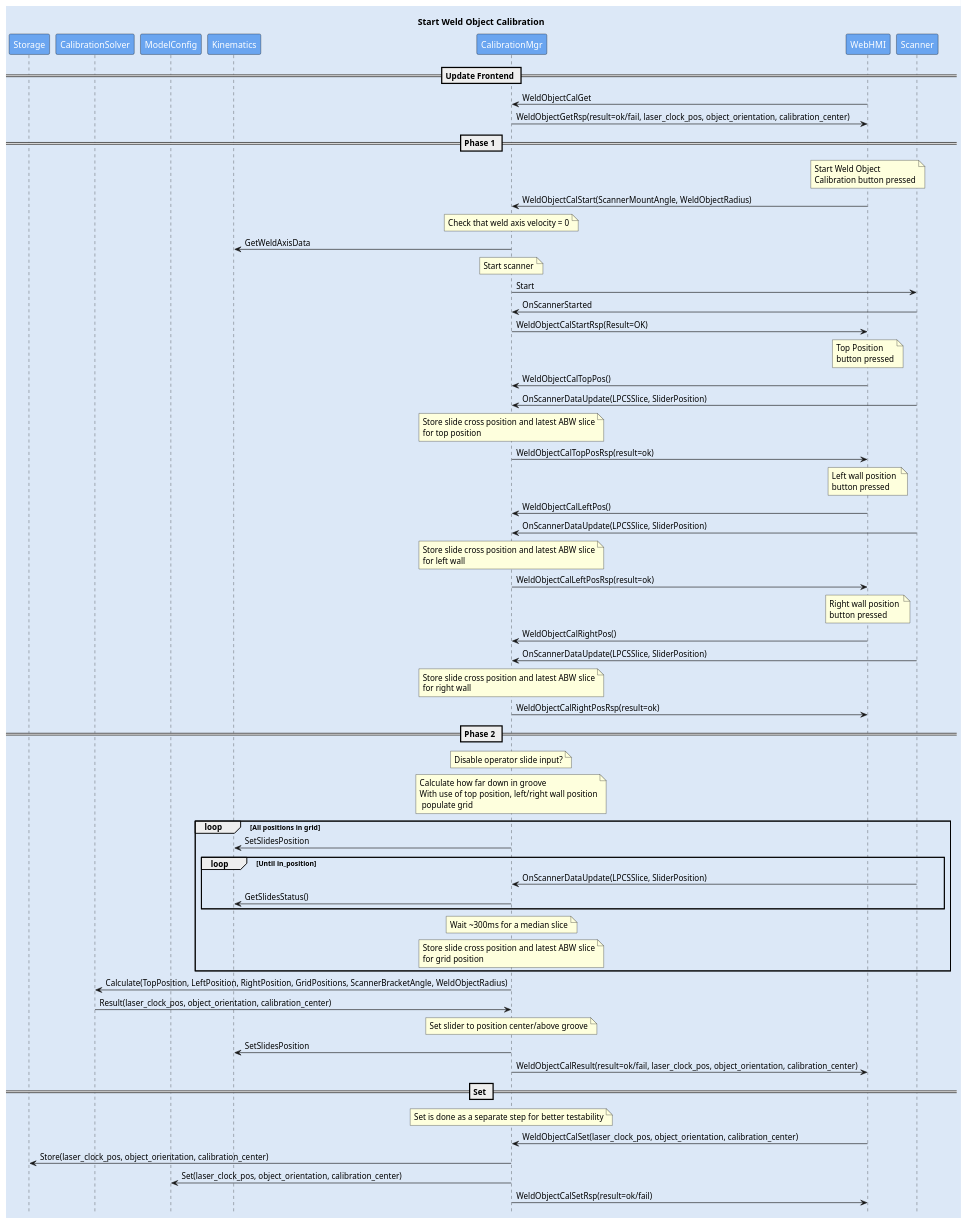
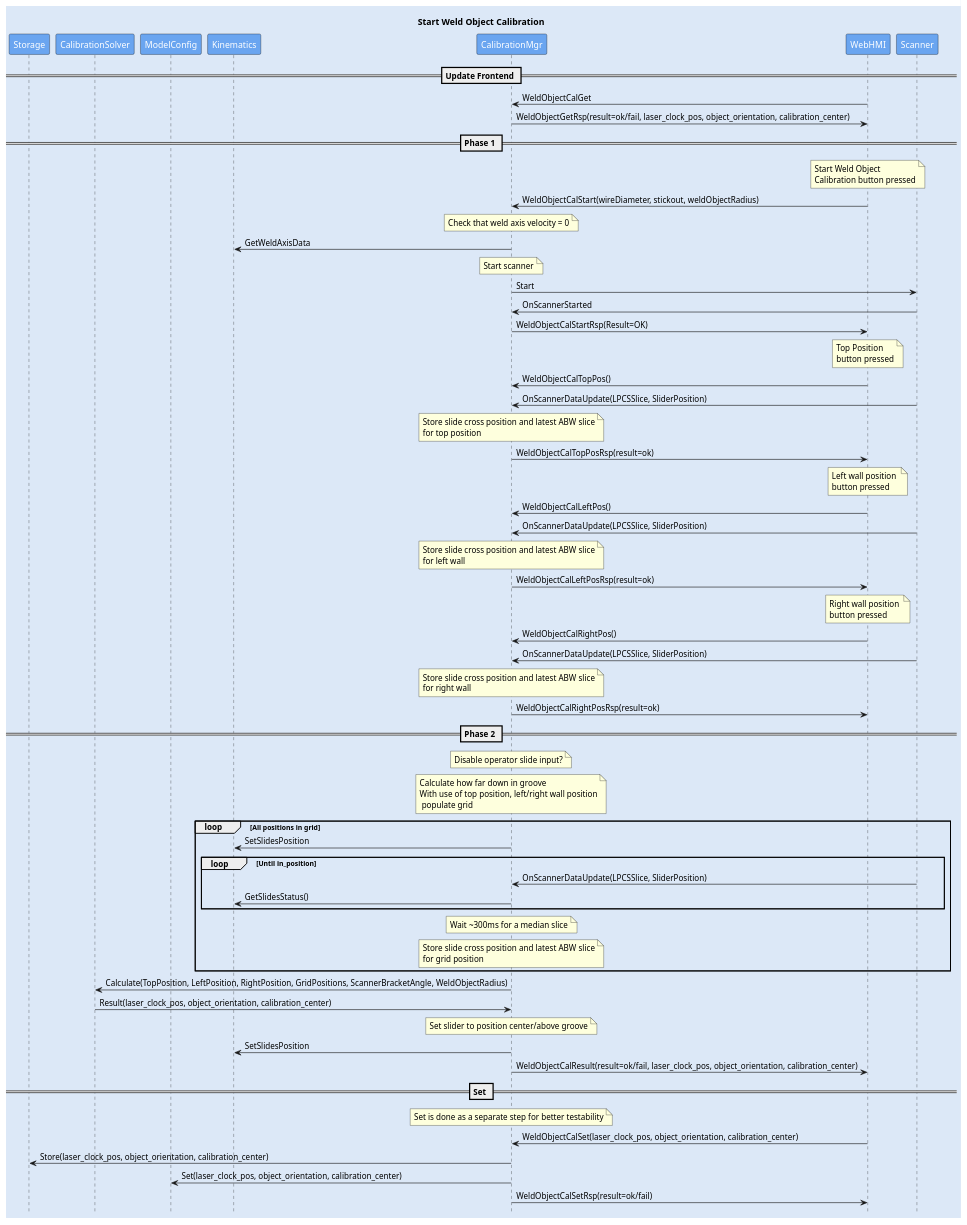
The diagram in adaptio/src/main/calibration/docs/weld_object_calibration.md (usrk04134-droid/adapt), drawn with PlantUML before and after one commit. The commit also changed 51 other files, not shown here.

```diff
--- a/adaptio/src/main/calibration/docs/weld_object_calibration.md
+++ b/adaptio/src/main/calibration/docs/weld_object_calibration.md
@@ -28,7 +28,7 @@
   == Phase 1 ==
   note over WebHMI : Start Weld Object \nCalibration button pressed
 
-  WebHMI -> CalibrationMgr : WeldObjectCalStart(ScannerMountAngle, WeldObjectRadius)
+  WebHMI -> CalibrationMgr : WeldObjectCalStart(wireDiameter, stickout, weldObjectRadius)
 
   note over CalibrationMgr : Check that weld axis velocity = 0
   CalibrationMgr -> Kinematics : GetWeldAxisData
```
